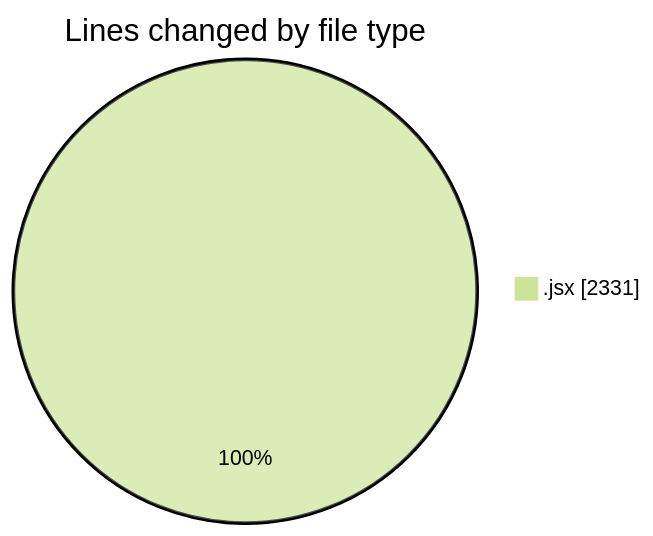
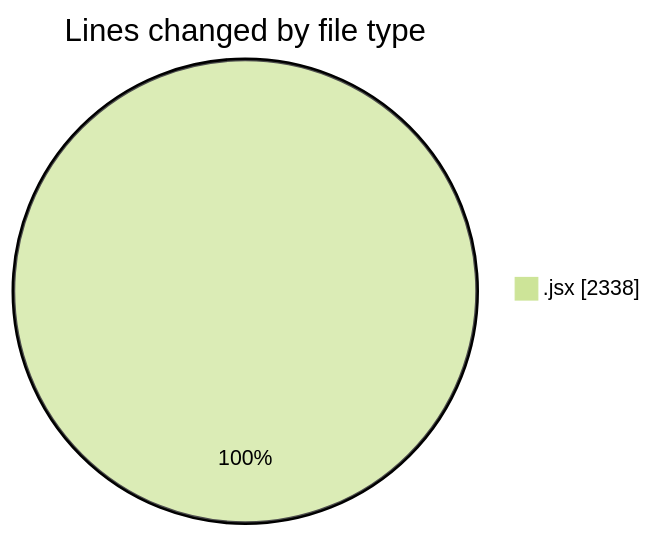
One commit to nxtqubesakshisongat/code-tracking changed the first of 2 diagrams in 2025-08-01/nxtqube_webapp/README.md. Above: the diagram before and after it, drawn with Mermaid (forest theme). The commit also changed other lines of this file and 1 other file, not shown here.

````diff
--- a/2025-08-01/nxtqube_webapp/README.md
+++ b/2025-08-01/nxtqube_webapp/README.md
@@ -26,5 +26,5 @@
 ```mermaid
 pie showData
 title Lines changed by file type
-".jsx" : 2331
+".jsx" : 2338
 ```
````
